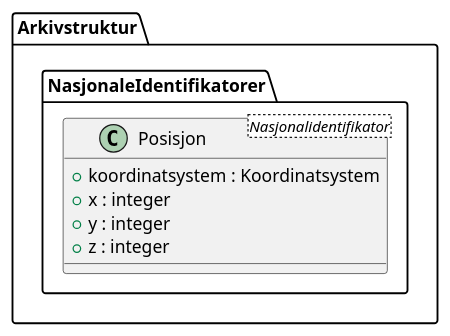
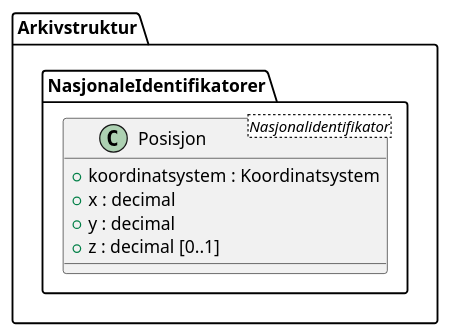
The diagram in kapitler/media/uml-class-posisjon.iuml (arkivverket/noark5-tjenestegrensesnitt-standard), drawn with PlantUML before and after one commit. The commit also changed 4 other files, not shown here.

```diff
--- a/kapitler/media/uml-class-posisjon.iuml
+++ b/kapitler/media/uml-class-posisjon.iuml
@@ -1,8 +1,8 @@
 @startuml
 class Arkivstruktur.NasjonaleIdentifikatorer.Posisjon <Nasjonalidentifikator> {
   +koordinatsystem : Koordinatsystem
-  +x : integer
-  +y : integer
-  +z : integer
+  +x : decimal
+  +y : decimal
+  +z : decimal [0..1]
 }
 @enduml
```
